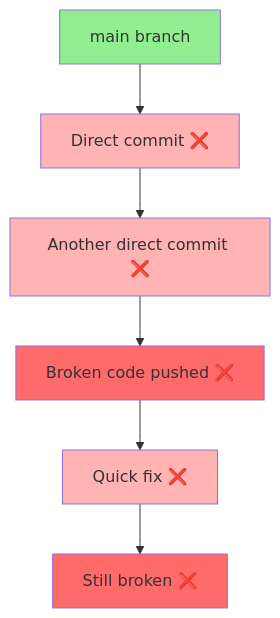
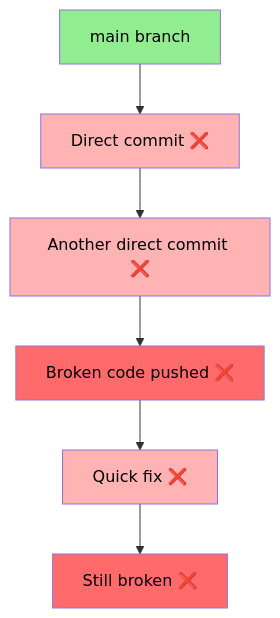
Before and after one commit to fightTone/GitBasic: the tenth of 11 diagrams in README.md, drawn with Mermaid. The commit also changed other lines of this file, not shown here.

Commit message:
readable diagrams

````diff
--- a/README.md
+++ b/README.md
@@ -503,15 +503,15 @@
 ```mermaid
 graph TD
     A[main branch] --> B[Direct commit ❌]
     B --> C[Another direct commit ❌]
     C --> D[Broken code pushed ❌]
     D --> E[Quick fix ❌]
     E --> F[Still broken ❌]
     
-    style A fill:#90EE90
-    style B fill:#FFB3B3
-    style C fill:#FFB3B3
-    style D fill:#FF6B6B
-    style E fill:#FFB3B3
-    style F fill:#FF6B6B
+    style A fill:#90EE90,color:#000000
+    style B fill:#FFB3B3,color:#000000
+    style C fill:#FFB3B3,color:#000000
+    style D fill:#FF6B6B,color:#000000
+    style E fill:#FFB3B3,color:#000000
+    style F fill:#FF6B6B,color:#000000
 ```
````
